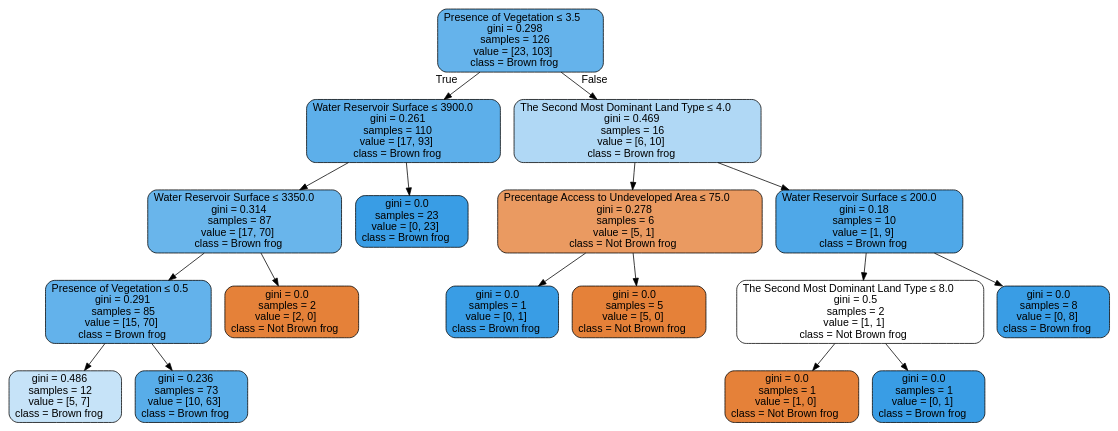
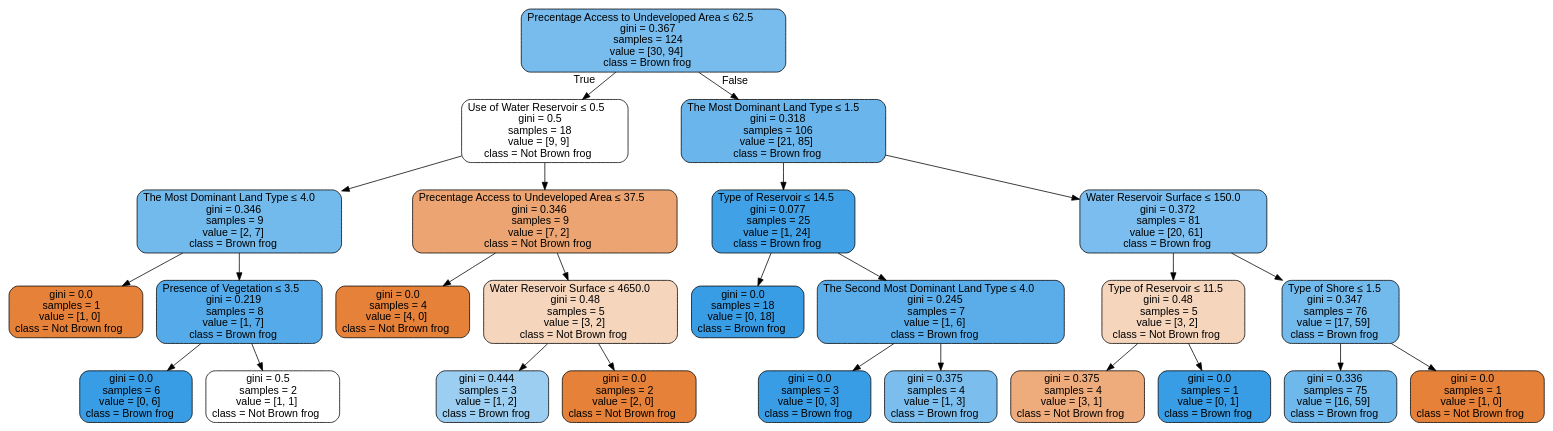
Before and after one commit to Jerry2001/Data_Mining: the diagram in Amphibian/DataVisualization/Graphviz/bf.dot, drawn with Graphviz. The commit also changed 19 other files, not shown here.

```diff
--- a/Amphibian/DataVisualization/Graphviz/bf.dot
+++ b/Amphibian/DataVisualization/Graphviz/bf.dot
@@ -1,37 +1,53 @@
 digraph Tree {
 node [shape=box, style="filled, rounded", color="black", fontname=helvetica] ;
 edge [fontname=helvetica] ;
-0 [label=<Presence of Vegetation &le; 3.5<br/>gini = 0.298<br/>samples = 126<br/>value = [23, 103]<br/>class = Brown frog>, fillcolor="#65b3eb"] ;
-1 [label=<Water Reservoir Surface &le; 3900.0<br/>gini = 0.261<br/>samples = 110<br/>value = [17, 93]<br/>class = Brown frog>, fillcolor="#5dafea"] ;
+0 [label=<Precentage Access to Undeveloped Area &le; 62.5<br/>gini = 0.367<br/>samples = 124<br/>value = [30, 94]<br/>class = Brown frog>, fillcolor="#78bced"] ;
+1 [label=<Use of Water Reservoir &le; 0.5<br/>gini = 0.5<br/>samples = 18<br/>value = [9, 9]<br/>class = Not Brown frog>, fillcolor="#ffffff"] ;
 0 -> 1 [labeldistance=2.5, labelangle=45, headlabel="True"] ;
-2 [label=<Water Reservoir Surface &le; 3350.0<br/>gini = 0.314<br/>samples = 87<br/>value = [17, 70]<br/>class = Brown frog>, fillcolor="#69b5eb"] ;
+2 [label=<The Most Dominant Land Type &le; 4.0<br/>gini = 0.346<br/>samples = 9<br/>value = [2, 7]<br/>class = Brown frog>, fillcolor="#72b9ec"] ;
 1 -> 2 ;
-3 [label=<Presence of Vegetation &le; 0.5<br/>gini = 0.291<br/>samples = 85<br/>value = [15, 70]<br/>class = Brown frog>, fillcolor="#63b2eb"] ;
+3 [label=<gini = 0.0<br/>samples = 1<br/>value = [1, 0]<br/>class = Not Brown frog>, fillcolor="#e58139"] ;
 2 -> 3 ;
-4 [label=<gini = 0.486<br/>samples = 12<br/>value = [5, 7]<br/>class = Brown frog>, fillcolor="#c6e3f8"] ;
-3 -> 4 ;
-5 [label=<gini = 0.236<br/>samples = 73<br/>value = [10, 63]<br/>class = Brown frog>, fillcolor="#58ade9"] ;
-3 -> 5 ;
-6 [label=<gini = 0.0<br/>samples = 2<br/>value = [2, 0]<br/>class = Not Brown frog>, fillcolor="#e58139"] ;
-2 -> 6 ;
-7 [label=<gini = 0.0<br/>samples = 23<br/>value = [0, 23]<br/>class = Brown frog>, fillcolor="#399de5"] ;
+4 [label=<Presence of Vegetation &le; 3.5<br/>gini = 0.219<br/>samples = 8<br/>value = [1, 7]<br/>class = Brown frog>, fillcolor="#55abe9"] ;
+2 -> 4 ;
+5 [label=<gini = 0.0<br/>samples = 6<br/>value = [0, 6]<br/>class = Brown frog>, fillcolor="#399de5"] ;
+4 -> 5 ;
+6 [label=<gini = 0.5<br/>samples = 2<br/>value = [1, 1]<br/>class = Not Brown frog>, fillcolor="#ffffff"] ;
+4 -> 6 ;
+7 [label=<Precentage Access to Undeveloped Area &le; 37.5<br/>gini = 0.346<br/>samples = 9<br/>value = [7, 2]<br/>class = Not Brown frog>, fillcolor="#eca572"] ;
 1 -> 7 ;
-8 [label=<The Second Most Dominant Land Type &le; 4.0<br/>gini = 0.469<br/>samples = 16<br/>value = [6, 10]<br/>class = Brown frog>, fillcolor="#b0d8f5"] ;
-0 -> 8 [labeldistance=2.5, labelangle=-45, headlabel="False"] ;
-9 [label=<Precentage Access to Undeveloped Area &le; 75.0<br/>gini = 0.278<br/>samples = 6<br/>value = [5, 1]<br/>class = Not Brown frog>, fillcolor="#ea9a61"] ;
-8 -> 9 ;
-10 [label=<gini = 0.0<br/>samples = 1<br/>value = [0, 1]<br/>class = Brown frog>, fillcolor="#399de5"] ;
+8 [label=<gini = 0.0<br/>samples = 4<br/>value = [4, 0]<br/>class = Not Brown frog>, fillcolor="#e58139"] ;
+7 -> 8 ;
+9 [label=<Water Reservoir Surface &le; 4650.0<br/>gini = 0.48<br/>samples = 5<br/>value = [3, 2]<br/>class = Not Brown frog>, fillcolor="#f6d5bd"] ;
+7 -> 9 ;
+10 [label=<gini = 0.444<br/>samples = 3<br/>value = [1, 2]<br/>class = Brown frog>, fillcolor="#9ccef2"] ;
 9 -> 10 ;
-11 [label=<gini = 0.0<br/>samples = 5<br/>value = [5, 0]<br/>class = Not Brown frog>, fillcolor="#e58139"] ;
+11 [label=<gini = 0.0<br/>samples = 2<br/>value = [2, 0]<br/>class = Not Brown frog>, fillcolor="#e58139"] ;
 9 -> 11 ;
-12 [label=<Water Reservoir Surface &le; 200.0<br/>gini = 0.18<br/>samples = 10<br/>value = [1, 9]<br/>class = Brown frog>, fillcolor="#4fa8e8"] ;
-8 -> 12 ;
-13 [label=<The Second Most Dominant Land Type &le; 8.0<br/>gini = 0.5<br/>samples = 2<br/>value = [1, 1]<br/>class = Not Brown frog>, fillcolor="#ffffff"] ;
+12 [label=<The Most Dominant Land Type &le; 1.5<br/>gini = 0.318<br/>samples = 106<br/>value = [21, 85]<br/>class = Brown frog>, fillcolor="#6ab5eb"] ;
+0 -> 12 [labeldistance=2.5, labelangle=-45, headlabel="False"] ;
+13 [label=<Type of Reservoir &le; 14.5<br/>gini = 0.077<br/>samples = 25<br/>value = [1, 24]<br/>class = Brown frog>, fillcolor="#41a1e6"] ;
 12 -> 13 ;
-14 [label=<gini = 0.0<br/>samples = 1<br/>value = [1, 0]<br/>class = Not Brown frog>, fillcolor="#e58139"] ;
+14 [label=<gini = 0.0<br/>samples = 18<br/>value = [0, 18]<br/>class = Brown frog>, fillcolor="#399de5"] ;
 13 -> 14 ;
-15 [label=<gini = 0.0<br/>samples = 1<br/>value = [0, 1]<br/>class = Brown frog>, fillcolor="#399de5"] ;
+15 [label=<The Second Most Dominant Land Type &le; 4.0<br/>gini = 0.245<br/>samples = 7<br/>value = [1, 6]<br/>class = Brown frog>, fillcolor="#5aade9"] ;
 13 -> 15 ;
-16 [label=<gini = 0.0<br/>samples = 8<br/>value = [0, 8]<br/>class = Brown frog>, fillcolor="#399de5"] ;
-12 -> 16 ;
+16 [label=<gini = 0.0<br/>samples = 3<br/>value = [0, 3]<br/>class = Brown frog>, fillcolor="#399de5"] ;
+15 -> 16 ;
+17 [label=<gini = 0.375<br/>samples = 4<br/>value = [1, 3]<br/>class = Brown frog>, fillcolor="#7bbeee"] ;
+15 -> 17 ;
+18 [label=<Water Reservoir Surface &le; 150.0<br/>gini = 0.372<br/>samples = 81<br/>value = [20, 61]<br/>class = Brown frog>, fillcolor="#7abdee"] ;
+12 -> 18 ;
+19 [label=<Type of Reservoir &le; 11.5<br/>gini = 0.48<br/>samples = 5<br/>value = [3, 2]<br/>class = Not Brown frog>, fillcolor="#f6d5bd"] ;
+18 -> 19 ;
+20 [label=<gini = 0.375<br/>samples = 4<br/>value = [3, 1]<br/>class = Not Brown frog>, fillcolor="#eeab7b"] ;
+19 -> 20 ;
+21 [label=<gini = 0.0<br/>samples = 1<br/>value = [0, 1]<br/>class = Brown frog>, fillcolor="#399de5"] ;
+19 -> 21 ;
+22 [label=<Type of Shore &le; 1.5<br/>gini = 0.347<br/>samples = 76<br/>value = [17, 59]<br/>class = Brown frog>, fillcolor="#72b9ec"] ;
+18 -> 22 ;
+23 [label=<gini = 0.336<br/>samples = 75<br/>value = [16, 59]<br/>class = Brown frog>, fillcolor="#6fb8ec"] ;
+22 -> 23 ;
+24 [label=<gini = 0.0<br/>samples = 1<br/>value = [1, 0]<br/>class = Not Brown frog>, fillcolor="#e58139"] ;
+22 -> 24 ;
 }
```
